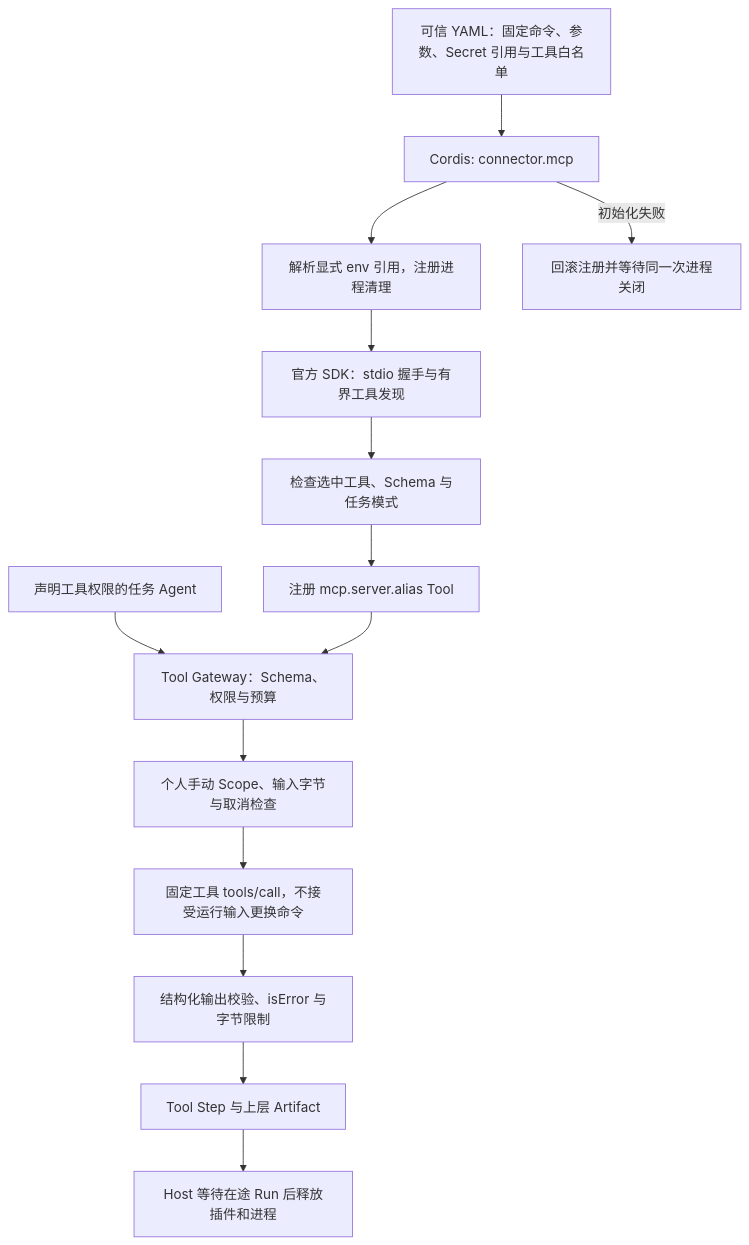
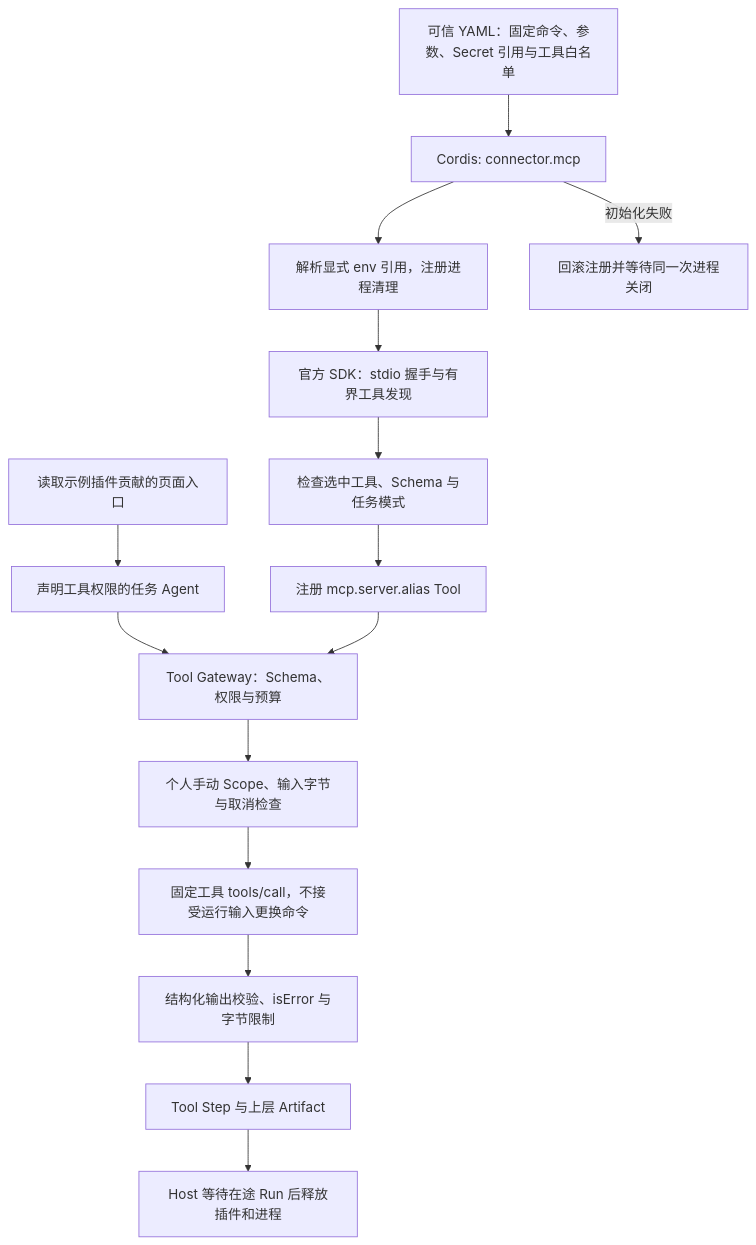
Before and after one commit to KlayPeter/AI-Delivery-Ops-Agent: the diagram in backend/src/connectors/mcp/FEATURE.md, drawn with Mermaid. The commit also changed other lines of this file and 39 other files, not shown here.

````diff
--- a/backend/src/connectors/mcp/FEATURE.md
+++ b/backend/src/connectors/mcp/FEATURE.md
@@ -21,16 +21,17 @@
 ```mermaid
 flowchart TD
     C[可信 YAML：固定命令、参数、Secret 引用与工具白名单] --> P[Cordis: connector.mcp]
     P --> E[解析显式 env 引用，注册进程清理]
     E --> S[官方 SDK：stdio 握手与有界工具发现]
     S --> V[检查选中工具、Schema 与任务模式]
     V --> R[注册 mcp.server.alias Tool]
-    A[声明工具权限的任务 Agent] --> G[Tool Gateway：Schema、权限与预算]
+    NAV[读取示例插件贡献的页面入口] --> A[声明工具权限的任务 Agent]
+    A --> G[Tool Gateway：Schema、权限与预算]
     R --> G
     G --> B[个人手动 Scope、输入字节与取消检查]
     B --> CALL[固定工具 tools/call，不接受运行输入更换命令]
     CALL --> OUT[结构化输出校验、isError 与字节限制]
     OUT --> T[Tool Step 与上层 Artifact]
     P -- 初始化失败 --> X[回滚注册并等待同一次进程关闭]
     T --> STOP[Host 等待在途 Run 后释放插件和进程]
 ```
````
